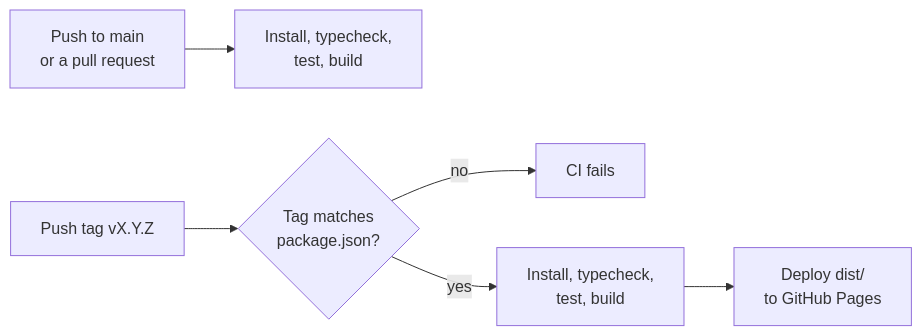
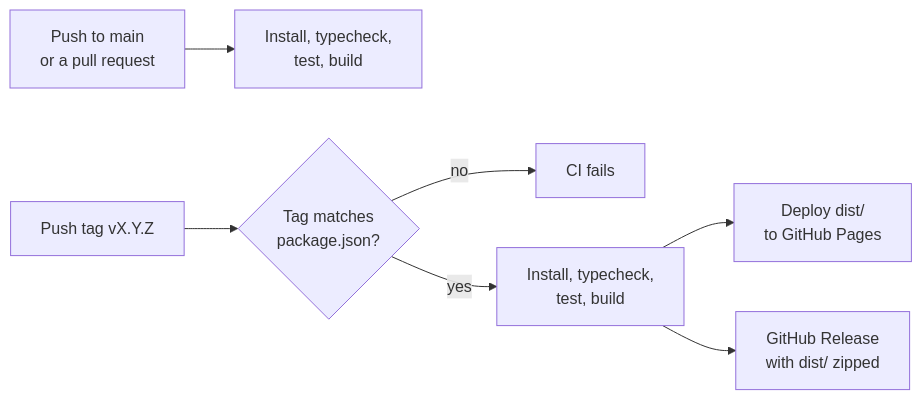
Before and after one commit to CarlosSandoval-03/Newspeak-1984: the fourth of 4 diagrams in docs/technical.md, drawn with Mermaid. The commit also changed other lines of this file and 1 other file, not shown here.

Commit message:
build: publish a zip of the game with every release

````diff
--- a/docs/technical.md
+++ b/docs/technical.md
@@ -319,8 +319,9 @@
 ```mermaid
 flowchart LR
     push["Push to main<br/>or a pull request"] --> checks["Install, typecheck,<br/>test, build"]
     tag["Push tag vX.Y.Z"] --> matches{"Tag matches<br/>package.json?"}
     matches -->|"no"| failed["CI fails"]
     matches -->|"yes"| release["Install, typecheck,<br/>test, build"]
     release --> deploy["Deploy dist/<br/>to GitHub Pages"]
+    release --> zip["GitHub Release<br/>with dist/ zipped"]
 ```
````
